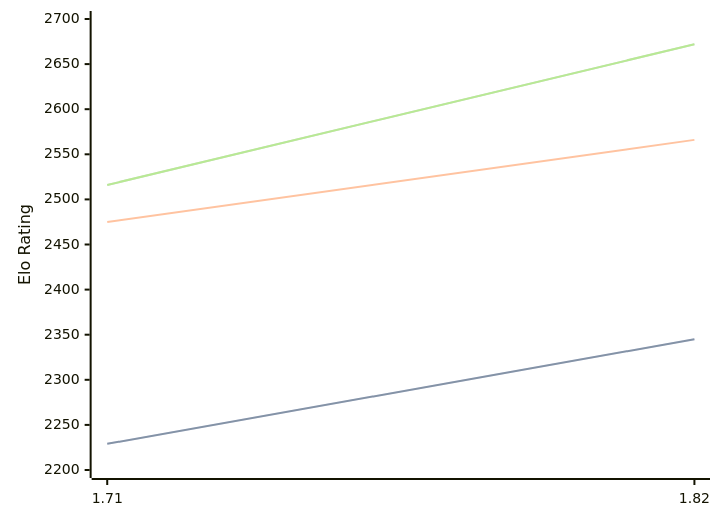
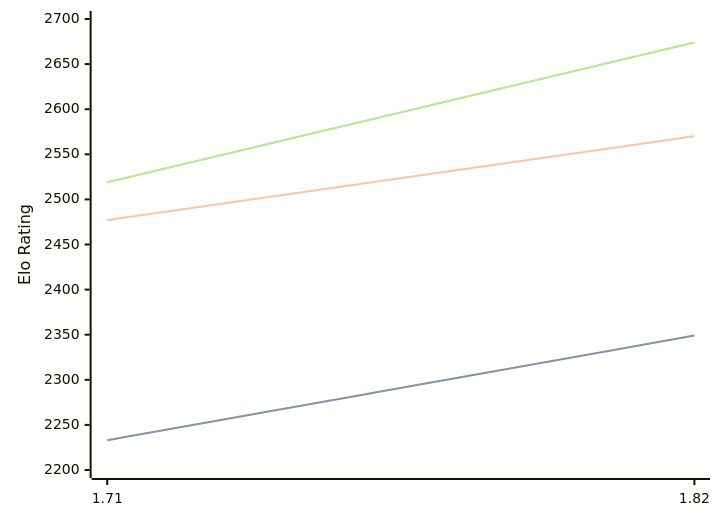
One commit to computer-chess-index/cci changed the diagram in engines/Amira.md. Above: the diagram before and after it, drawn with Mermaid. The commit also changed other lines of this file, not shown here.

Commit message:
Update CCI Ratings (ELO VLTC) - 2026-05-02

````diff
--- a/engines/Amira.md
+++ b/engines/Amira.md
@@ -35,11 +35,11 @@
 ```mermaid
 %%{init: {"theme":"base","themeVariables":{"seriesColors:['#a3a3a3','#222221','#faa371']}}}%%
 xychart-beta
   x-axis ["1.71", "1.82"]
   y-axis "Elo Rating" 2200 --> 2700
-  line "STC (8.0+0.08s)" [2229, 2345]
-  line "STC (8.0+0.08s)" [2229, 2345]
-  line "LTC (60.0+0.60s)" [2475, 2566]
-  line "VLTC (2m24s+1.12s)" [2516, 2672]
-  line "VLTC (2m24s+1.12s)" [2516, 2672]
+  line "STC (8.0+0.08s)" [2233, 2349]
+  line "STC (8.0+0.08s)" [2233, 2349]
+  line "LTC (60.0+0.60s)" [2477, 2570]
+  line "VLTC (2m24s+1.12s)" [2519, 2674]
+  line "VLTC (2m24s+1.12s)" [2519, 2674]
 ```
````
